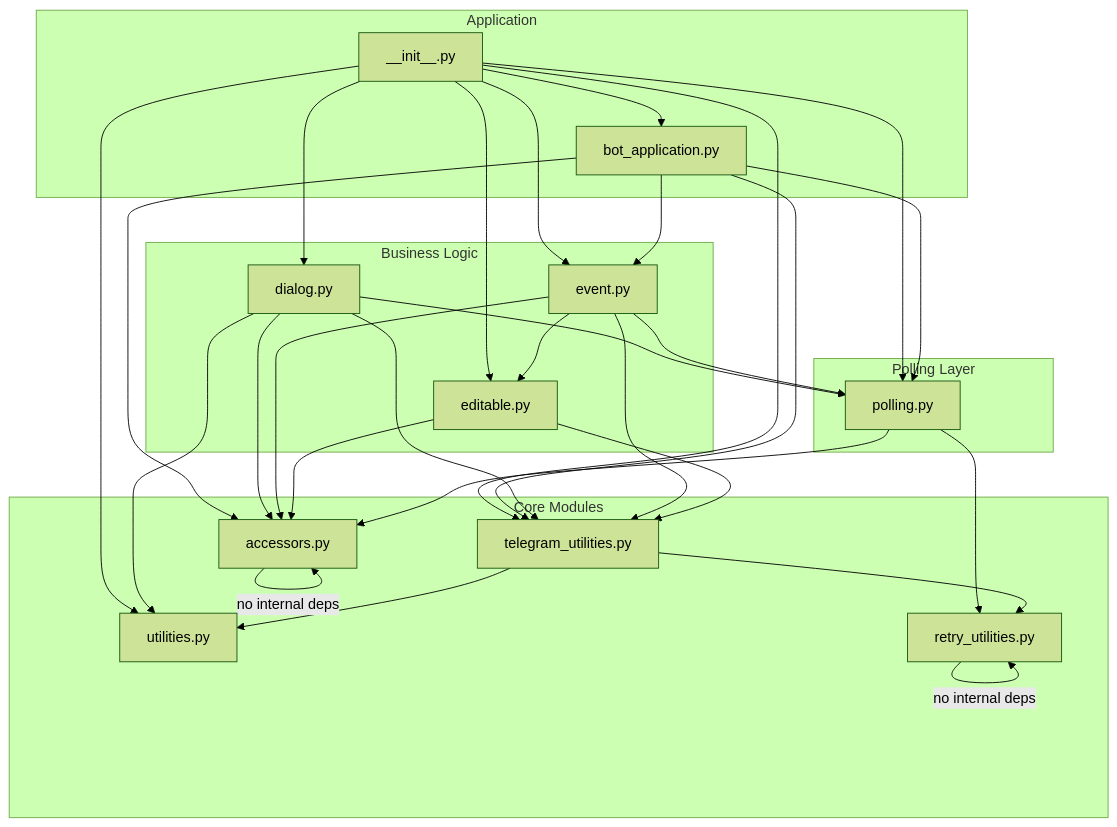
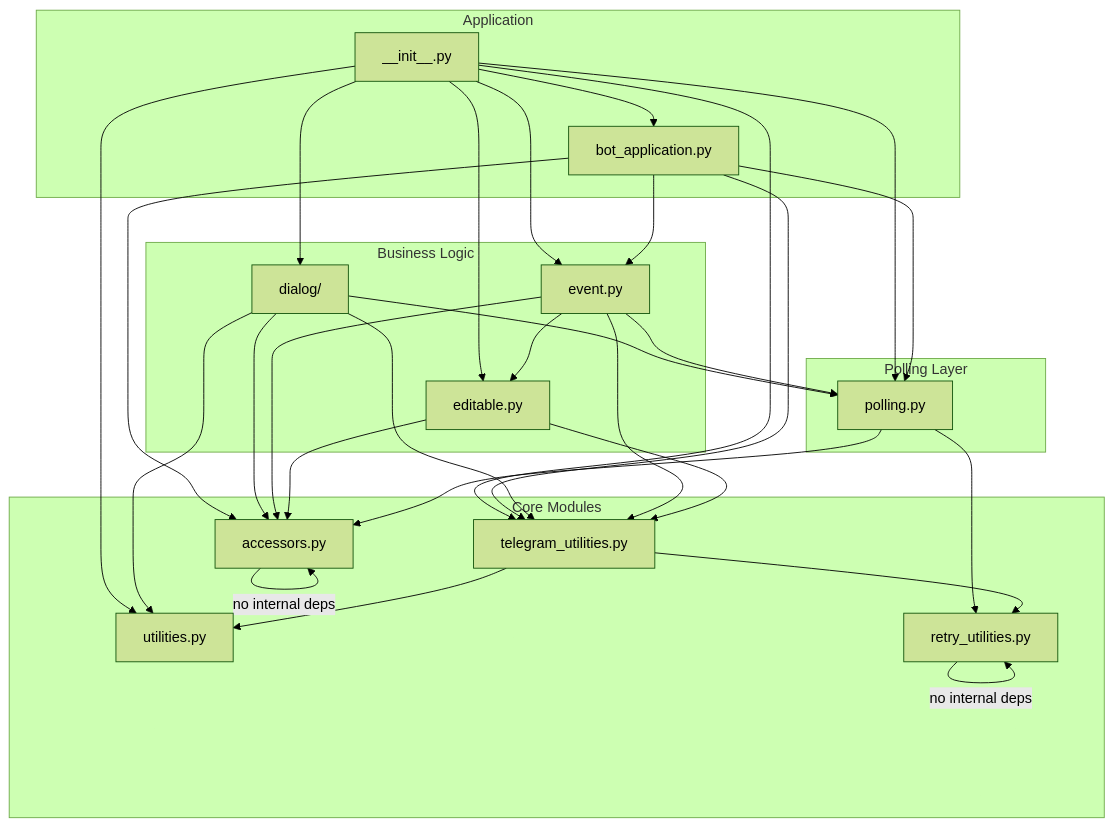
The first of 3 diagrams in IMPLEMENTATION.md (ItamarShmelo/my_bot_framework), drawn with Mermaid (forest theme) before and after one commit. The commit also changed other lines of this file and 25 other files, not shown here.

````diff
--- a/IMPLEMENTATION.md
+++ b/IMPLEMENTATION.md
@@ -60,62 +70,62 @@
 ```mermaid
 graph TD
     subgraph core [Core Modules]
         ACC[accessors.py]
         RU[retry_utilities.py]
         TU[telegram_utilities.py]
         UTIL[utilities.py]
     end
 
     subgraph polling_layer [Polling Layer]
         POLL[polling.py]
     end
 
     subgraph business [Business Logic]
         EDITABLE[editable.py]
         EVENT[event.py]
-        DIALOG[dialog.py]
+        DIALOG[dialog/]
     end
 
     subgraph app [Application]
         BOT[bot_application.py]
         INIT[__init__.py]
     end
 
     %% Core has no internal dependencies
     ACC --> |no internal deps| ACC
     TU --> UTIL
     TU --> RU
     RU --> |no internal deps| RU
 
     %% Polling depends on accessors and retry
     POLL --> ACC
     POLL --> RU
 
     %% Business logic depends on core and polling
     EDITABLE --> ACC
     EDITABLE --> TU
     
     EVENT --> ACC
     EVENT --> POLL
     EVENT --> TU
     EVENT --> EDITABLE
 
     DIALOG --> ACC
     DIALOG --> POLL
     DIALOG --> TU
     DIALOG --> UTIL
 
     %% Application depends on everything
     BOT --> ACC
     BOT --> TU
     BOT --> POLL
     BOT --> EVENT
 
     INIT --> BOT
     INIT --> EVENT
     INIT --> EDITABLE
     INIT --> DIALOG
     INIT --> POLL
     INIT --> TU
     INIT --> UTIL
 ```
````
